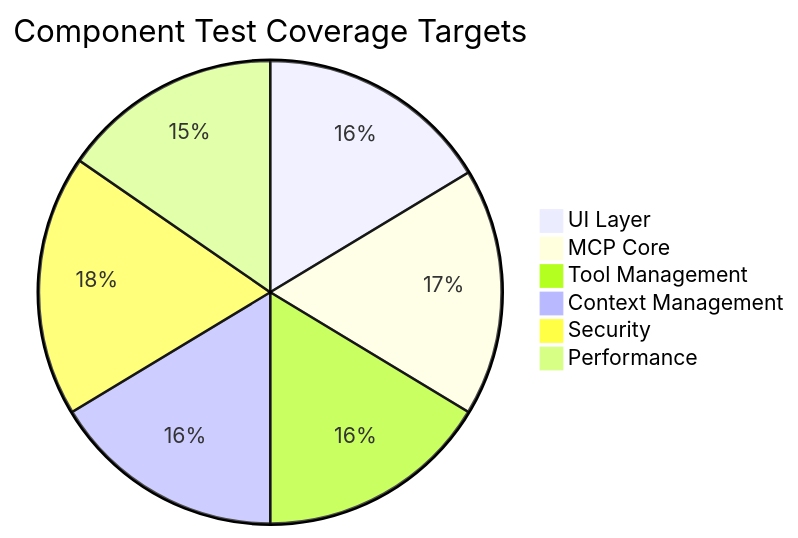
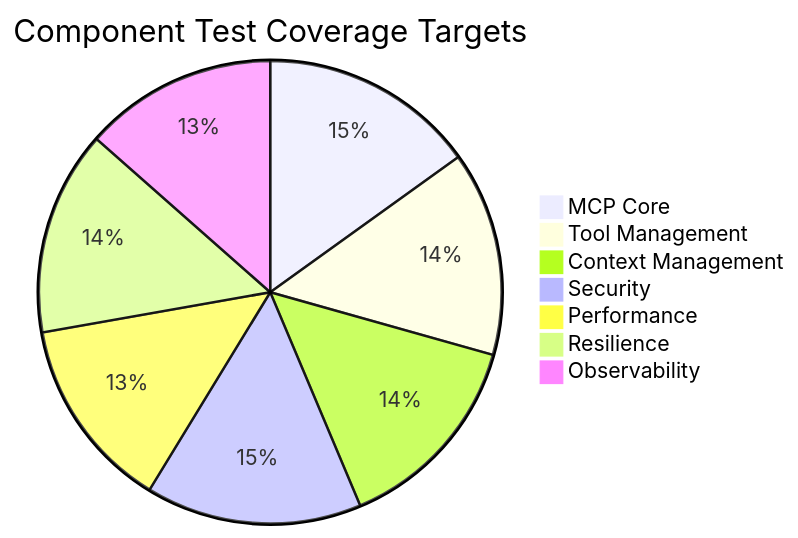
The fourth of 4 diagrams in specs/integration/README.md (ecoPrimals/squirrel), drawn with Mermaid before and after one commit. The commit also changed other lines of this file and 89 other files, not shown here.

````diff
--- a/specs/integration/README.md
+++ b/specs/integration/README.md
@@ -150,13 +257,14 @@
 ```mermaid
 ---
 title: Test Coverage Requirements
 ---
 pie
     title Component Test Coverage Targets
-    "UI Layer" : 85
-    "MCP Core" : 90
-    "Tool Management" : 85
-    "Context Management" : 85
+    "MCP Core" : 95
+    "Tool Management" : 90
+    "Context Management" : 90
     "Security" : 95
-    "Performance" : 80
+    "Performance" : 85
+    "Resilience" : 90
+    "Observability" : 85
 ```
````
